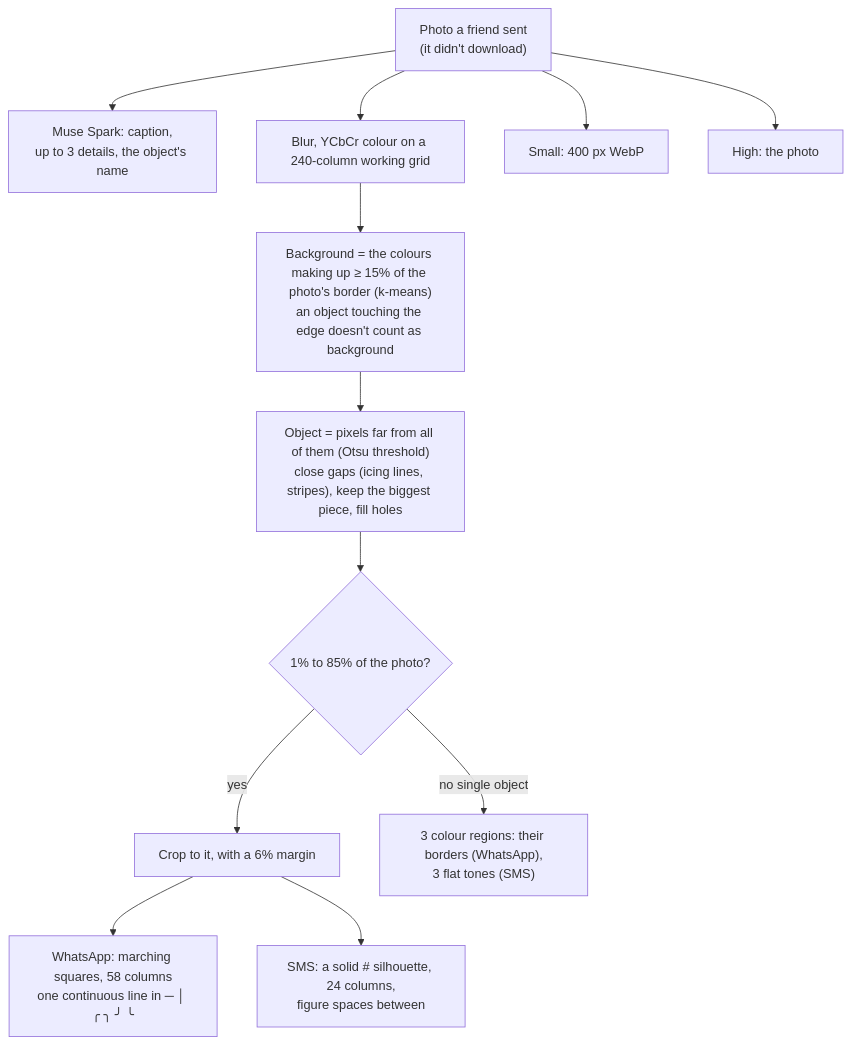
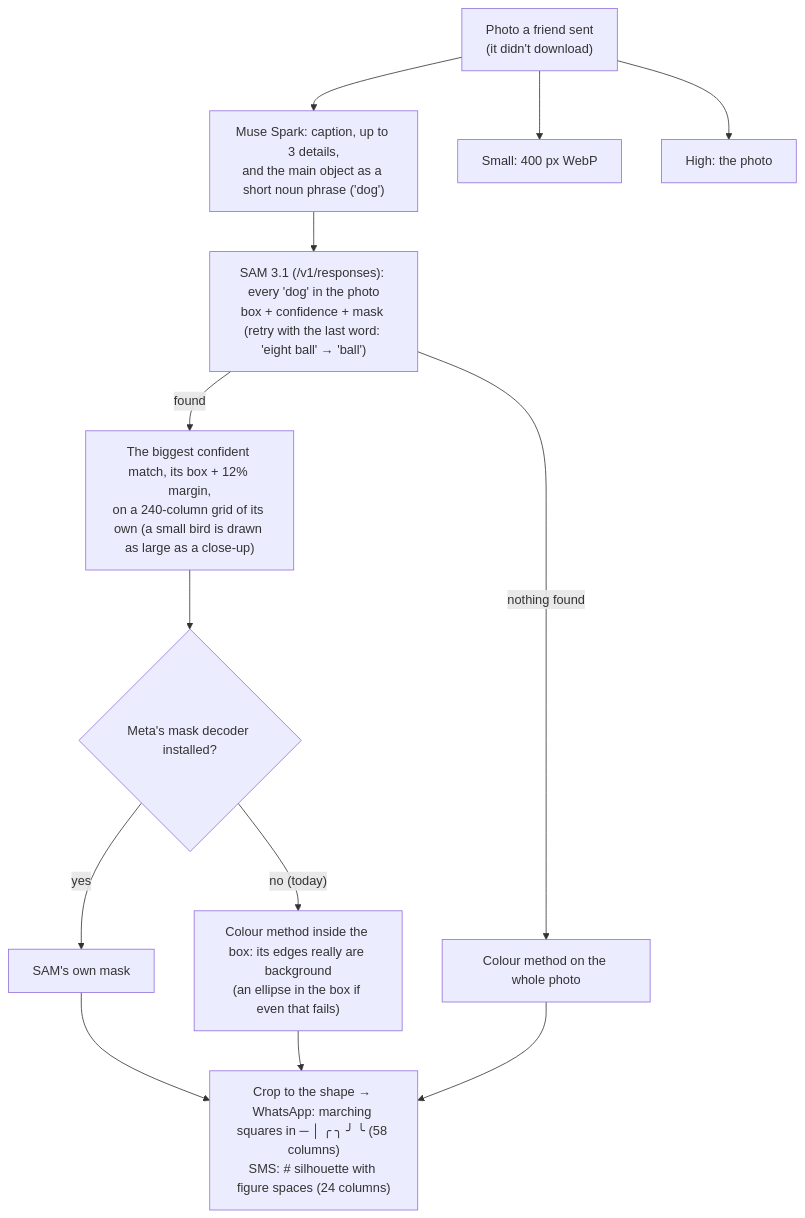
Before and after one commit to JacobOuyang/MapsImagesText: the fifth of 8 diagrams in README.md, drawn with Mermaid. The commit also changed other lines of this file and 12 other files, not shown here.

````diff
--- a/README.md
+++ b/README.md
@@ -585,14 +585,13 @@
 ```mermaid
 flowchart TD
-  A["Photo a friend sent<br/>(it didn't download)"] --> B["Muse Spark: caption,<br/>up to 3 details, the object's name"]
-  A --> C["Blur, YCbCr colour on a 240-column working grid"]
-  C --> D["Background = the colours making up ≥ 15% of the photo's border (k-means)<br/>an object touching the edge doesn't count as background"]
-  D --> E["Object = pixels far from all of them (Otsu threshold)<br/>close gaps (icing lines, stripes), keep the biggest piece, fill holes"]
-  E --> Z{"1% to 85% of the photo?"}
-  Z -- yes --> CR["Crop to it, with a 6% margin"]
-  CR --> M1["WhatsApp: marching squares, 58 columns<br/>one continuous line in ─ │ ╭ ╮ ╯ ╰"]
-  CR --> S1["SMS: a solid # silhouette, 24 columns,<br/>figure spaces between"]
-  Z -- "no single object" --> LR["3 colour regions: their borders (WhatsApp),<br/>3 flat tones (SMS)"]
+  A["Photo a friend sent<br/>(it didn't download)"] --> B["Muse Spark: caption, up to 3 details,<br/>and the main object as a short noun phrase ('dog')"]
+  B --> S["SAM 3.1 (/v1/responses): every 'dog' in the photo<br/>box + confidence + mask (retry with the last word: 'eight ball' → 'ball')"]
+  S -- "found" --> P["The biggest confident match, its box + 12% margin,<br/>on a 240-column grid of its own (a small bird is drawn as large as a close-up)"]
+  P --> M{"Meta's mask decoder installed?"}
+  M -- yes --> MK["SAM's own mask"]
+  M -- "no (today)" --> CB["Colour method inside the box: its edges really are background<br/>(an ellipse in the box if even that fails)"]
+  S -- "nothing found" --> CO["Colour method on the whole photo"]
+  MK & CB & CO --> O["Crop to the shape → WhatsApp: marching squares in ─ │ ╭ ╮ ╯ ╰ (58 columns)<br/>SMS: # silhouette with figure spaces (24 columns)"]
   A --> SM["Small: 400 px WebP"]
   A --> H["High: the photo"]
 ```
````
